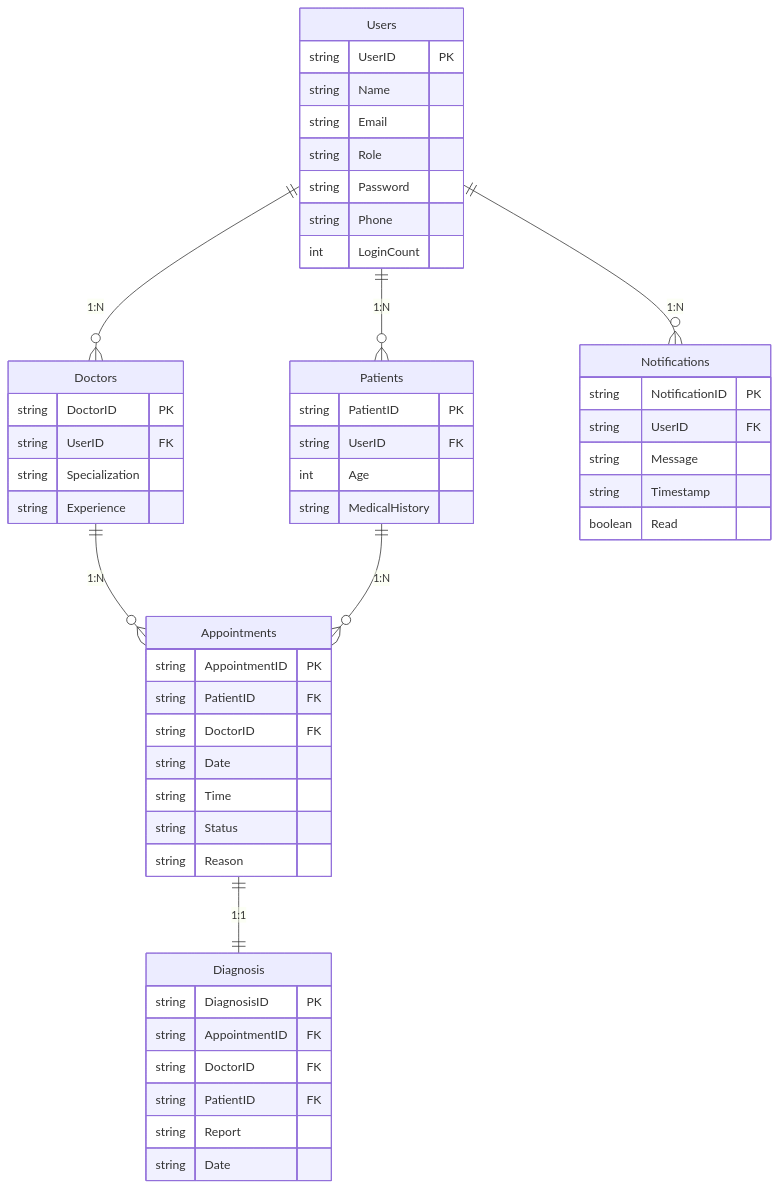
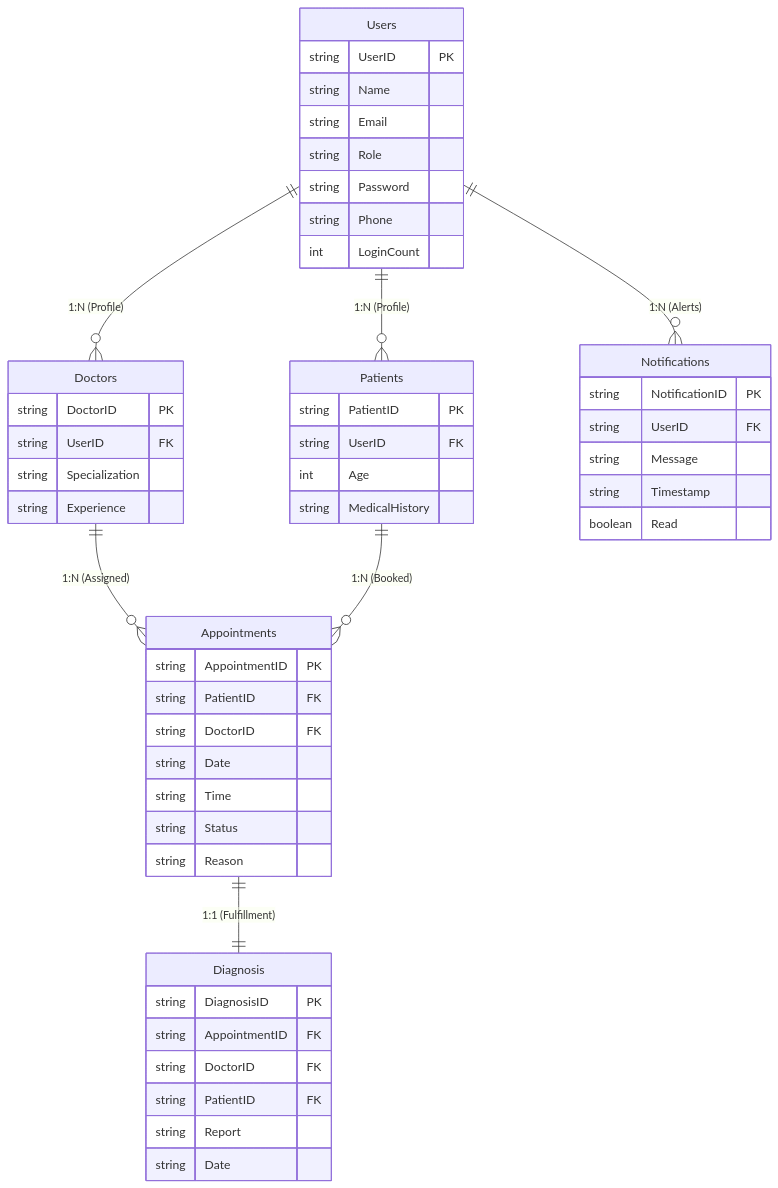
Before and after one commit to purva-yenpure/medtrack: the second of 2 diagrams in README.md, drawn with Mermaid. The commit also changed other lines of this file, not shown here.

Commit message:
docs: modernize README with live EC2 deployment, demo video, and AWS architecture

````diff
--- a/README.md
+++ b/README.md
@@ -52,55 +92,55 @@
 ```mermaid
 erDiagram
-    Users ||--o{ Doctors : "1:N"
-    Users ||--o{ Patients : "1:N"
-    Users ||--o{ Notifications : "1:N"
-    Doctors ||--o{ Appointments : "1:N"
-    Patients ||--o{ Appointments : "1:N"
-    Appointments ||--|| Diagnosis : "1:1"
+    Users ||--o{ Doctors : "1:N (Profile)"
+    Users ||--o{ Patients : "1:N (Profile)"
+    Users ||--o{ Notifications : "1:N (Alerts)"
+    Doctors ||--o{ Appointments : "1:N (Assigned)"
+    Patients ||--o{ Appointments : "1:N (Booked)"
+    Appointments ||--|| Diagnosis : "1:1 (Fulfillment)"
 
     Users {
         string UserID PK
         string Name
         string Email
         string Role
         string Password
         string Phone
         int LoginCount
     }
     Doctors {
         string DoctorID PK
         string UserID FK
         string Specialization
         string Experience
     }
     Patients {
         string PatientID PK
         string UserID FK
         int Age
         string MedicalHistory
     }
     Appointments {
         string AppointmentID PK
         string PatientID FK
         string DoctorID FK
         string Date
         string Time
         string Status
         string Reason
     }
     Diagnosis {
         string DiagnosisID PK
         string AppointmentID FK
         string DoctorID FK
         string PatientID FK
         string Report
         string Date
     }
     Notifications {
         string NotificationID PK
         string UserID FK
         string Message
         string Timestamp
         boolean Read
     }
 ```
````
